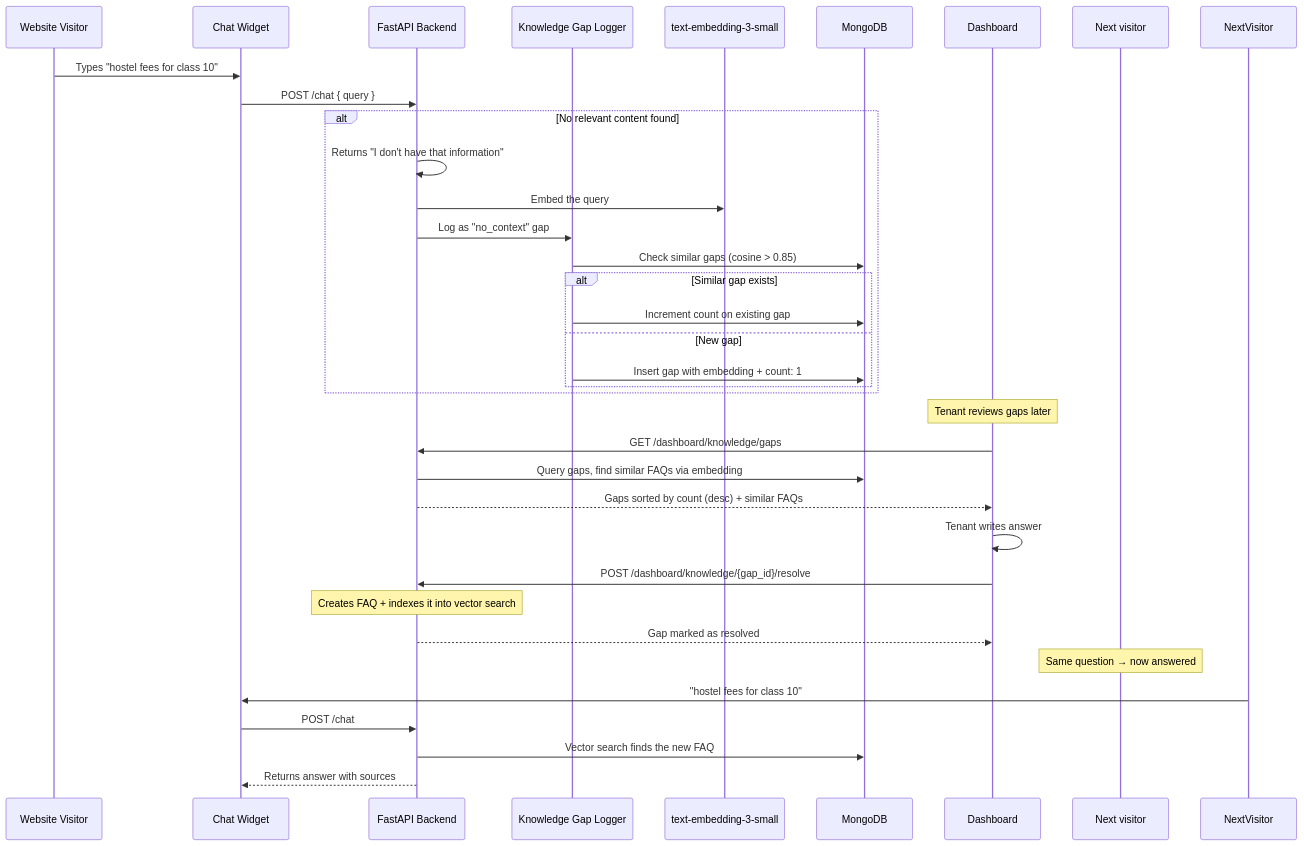
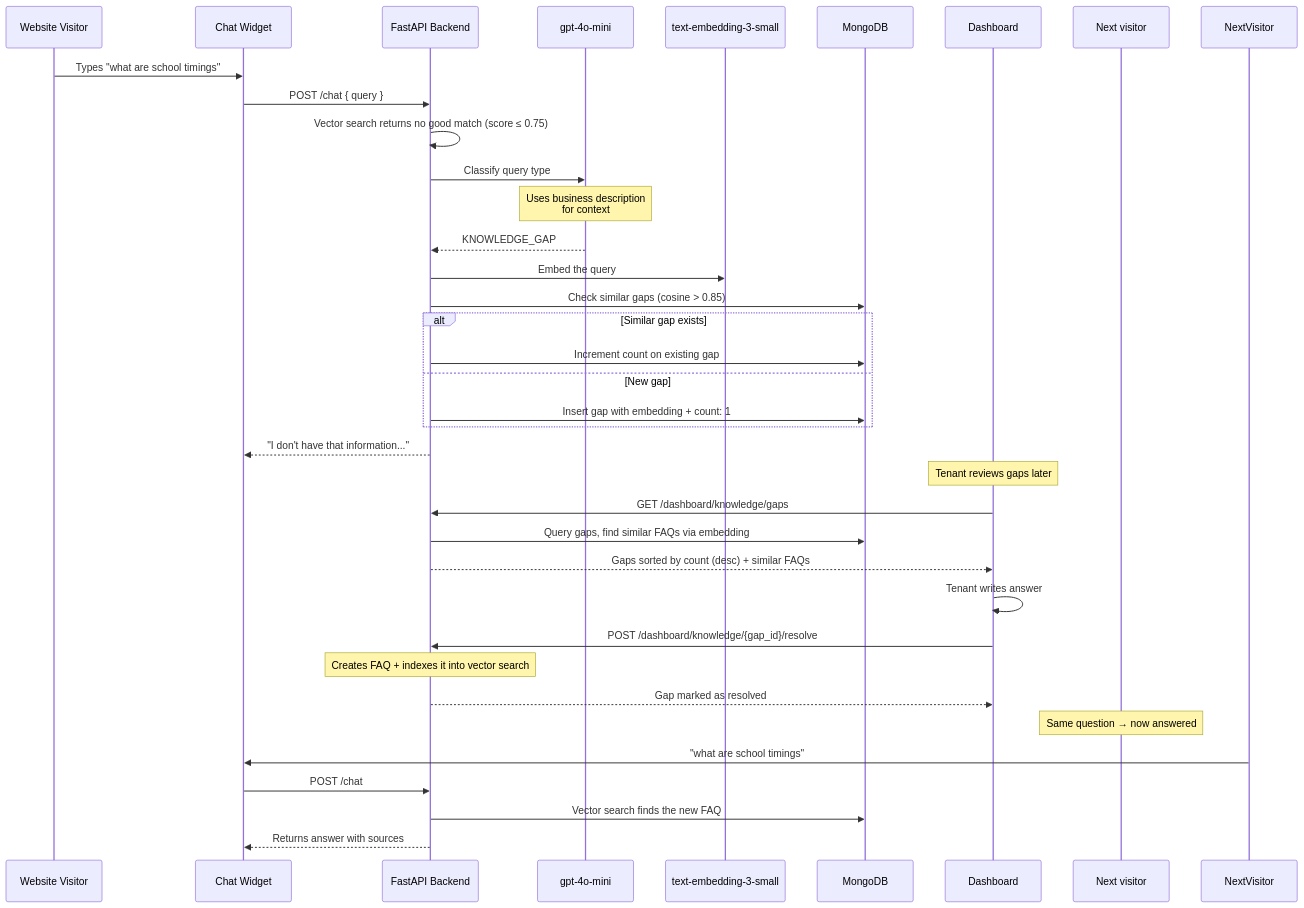
The sixth of 6 diagrams in README.md (Himanshu-Jha-rgb/AI_Chatbot_widget), drawn with Mermaid before and after one commit. The commit also changed other lines of this file and 5 other files, not shown here.

Commit message:
feat: implement business description auto-generation and query classification for improved knowledge gap detection.

````diff
--- a/README.md
+++ b/README.md
@@ -490,40 +538,44 @@
 ```mermaid
 sequenceDiagram
     participant Visitor as Website Visitor
     participant Widget as Chat Widget
     participant API as FastAPI Backend
-    participant GapTracker as Knowledge Gap Logger
+    participant Classifier as gpt-4o-mini
     participant Embedder as text-embedding-3-small
     participant DB as MongoDB
 
-    Visitor->>Widget: Types "hostel fees for class 10"
+    Visitor->>Widget: Types "what are school timings"
     Widget->>API: POST /chat { query }
     
-    alt No relevant content found
-        API->>API: Returns "I don't have that information"
-        API->>Embedder: Embed the query
-        API->>GapTracker: Log as "no_context" gap
-        GapTracker->>DB: Check similar gaps (cosine > 0.85)
-        alt Similar gap exists
-            GapTracker->>DB: Increment count on existing gap
-        else New gap
-            GapTracker->>DB: Insert gap with embedding + count: 1
-        end
+    API->>API: Vector search returns no good match (score ≤ 0.75)
+    
+    API->>Classifier: Classify query type
+    Note over Classifier: Uses business description<br/>for context
+    Classifier-->>API: KNOWLEDGE_GAP
+    
+    API->>Embedder: Embed the query
+    API->>DB: Check similar gaps (cosine > 0.85)
+    alt Similar gap exists
+        API->>DB: Increment count on existing gap
+    else New gap
+        API->>DB: Insert gap with embedding + count: 1
     end
+    
+    API-->>Widget: "I don't have that information..."
 
     Note over Dashboard: Tenant reviews gaps later
     Dashboard->>API: GET /dashboard/knowledge/gaps
     API->>DB: Query gaps, find similar FAQs via embedding
     API-->>Dashboard: Gaps sorted by count (desc) + similar FAQs
     
     Dashboard->>Dashboard: Tenant writes answer
     Dashboard->>API: POST /dashboard/knowledge/{gap_id}/resolve
     Note over API: Creates FAQ + indexes it into vector search
     API-->>Dashboard: Gap marked as resolved
 
     Note over Next visitor: Same question → now answered
-    NextVisitor->>Widget: "hostel fees for class 10"
+    NextVisitor->>Widget: "what are school timings"
     Widget->>API: POST /chat
     API->>DB: Vector search finds the new FAQ
     API-->>Widget: Returns answer with sources
 ```
````
